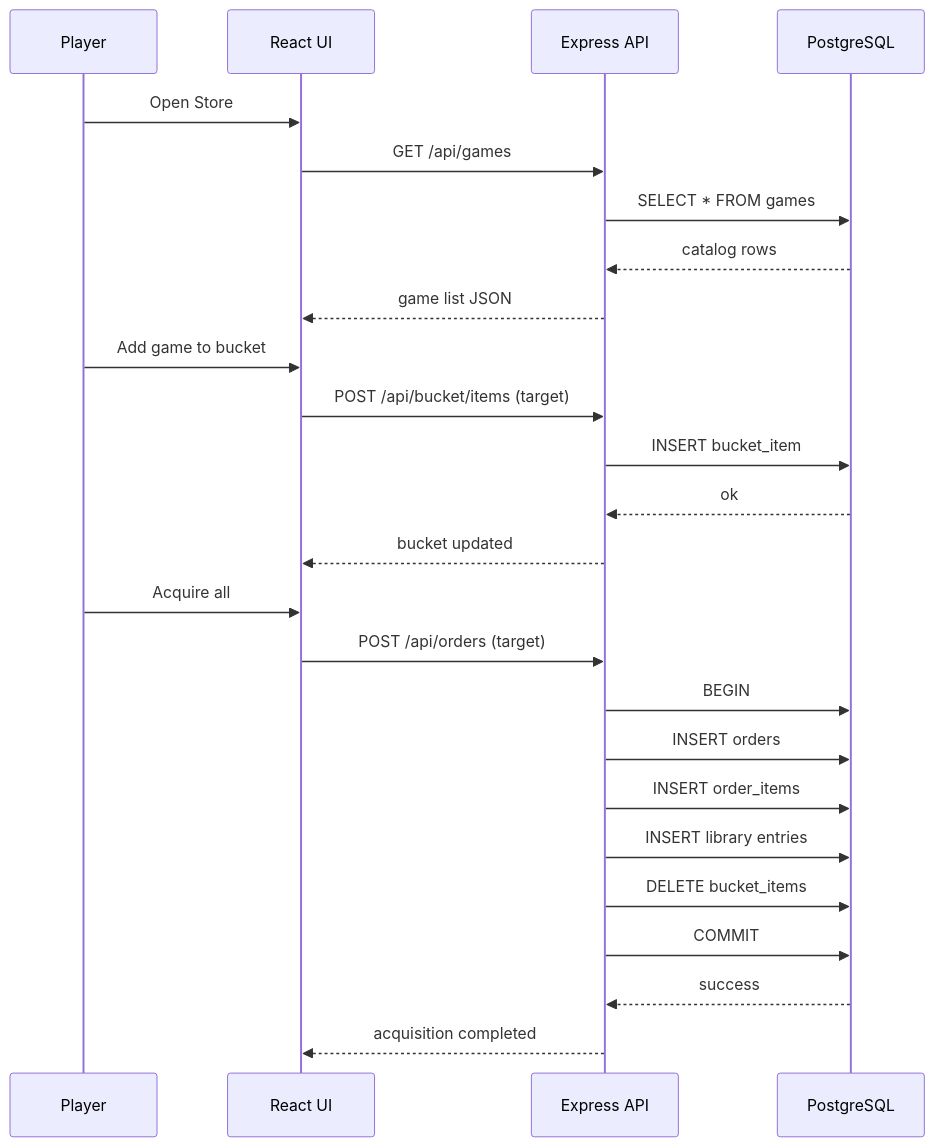
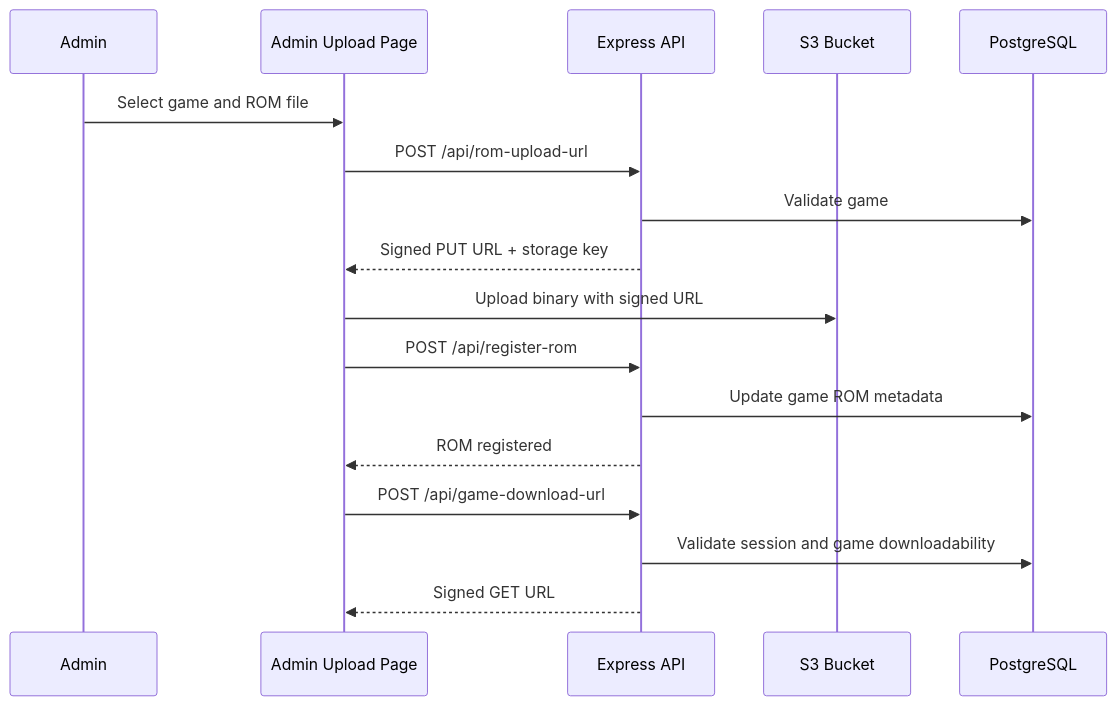
One commit to Alexsilvin/Advanced-Database-System changed the fifth of 6 diagrams in README.md. Above: the diagram before and after it, drawn with Mermaid. The commit also changed other lines of this file and 3 other files, not shown here.

````diff
--- a/README.md
+++ b/README.md
@@ -87,30 +276,21 @@
 ```mermaid
 sequenceDiagram
-   participant P as Player
-   participant UI as React UI
-   participant API as Express API
-   participant DB as PostgreSQL
+	participant A as Admin
+	participant UI as Admin Upload Page
+	participant API as Express API
+	participant S3 as S3 Bucket
+	participant DB as PostgreSQL
 
-   P->>UI: Open Store
-   UI->>API: GET /api/games
-   API->>DB: SELECT * FROM games
-   DB-->>API: catalog rows
-   API-->>UI: game list JSON
+	A->>UI: Select game and ROM file
+	UI->>API: POST /api/rom-upload-url
+	API->>DB: Validate game
+	API-->>UI: Signed PUT URL + storage key
+	UI->>S3: Upload binary with signed URL
+	UI->>API: POST /api/register-rom
+	API->>DB: Update game ROM metadata
+	API-->>UI: ROM registered
 
-   P->>UI: Add game to bucket
-   UI->>API: POST /api/bucket/items (target)
-   API->>DB: INSERT bucket_item
-   DB-->>API: ok
-   API-->>UI: bucket updated
-
-   P->>UI: Acquire all
-   UI->>API: POST /api/orders (target)
-   API->>DB: BEGIN
-   API->>DB: INSERT orders
-   API->>DB: INSERT order_items
-   API->>DB: INSERT library entries
-   API->>DB: DELETE bucket_items
-   API->>DB: COMMIT
-   DB-->>API: success
-   API-->>UI: acquisition completed
+	UI->>API: POST /api/game-download-url
+	API->>DB: Validate session and game downloadability
+	API-->>UI: Signed GET URL
 ```
````
